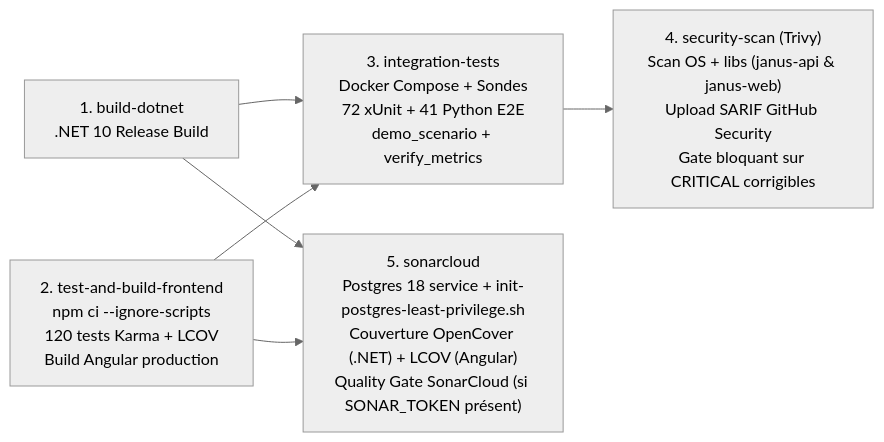
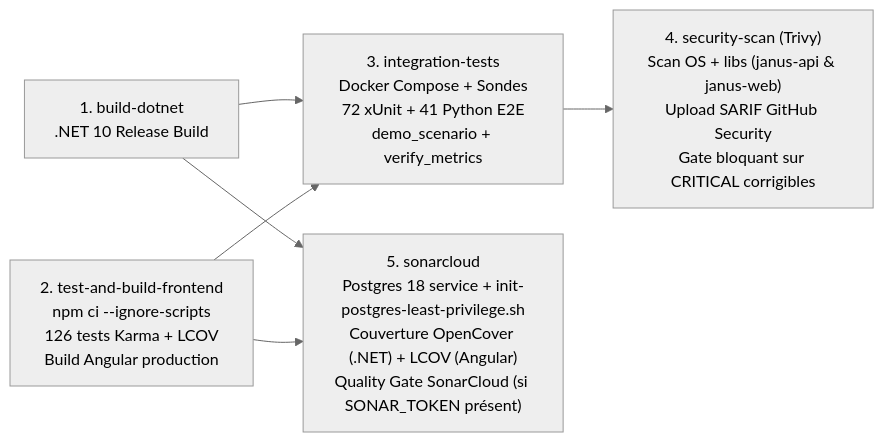
Before and after one commit to nacefmoula/janus-rfid-platform: the third of 3 diagrams in README.md, drawn with Mermaid (neutral theme). The commit also changed other lines of this file and 14 other files, not shown here.

````diff
--- a/README.md
+++ b/README.md
@@ -614,8 +614,8 @@
 ```mermaid
 flowchart LR
     J1["1. build-dotnet\n.NET 10 Release Build"] --> J3["3. integration-tests\nDocker Compose + Sondes\n72 xUnit + 41 Python E2E\ndemo_scenario + verify_metrics"]
-    J2["2. test-and-build-frontend\nnpm ci --ignore-scripts\n120 tests Karma + LCOV\nBuild Angular production"] --> J3
+    J2["2. test-and-build-frontend\nnpm ci --ignore-scripts\n126 tests Karma + LCOV\nBuild Angular production"] --> J3
     J3 --> J4["4. security-scan (Trivy)\nScan OS + libs (janus-api & janus-web)\nUpload SARIF GitHub Security\nGate bloquant sur CRITICAL corrigibles"]
     J1 --> J5["5. sonarcloud\nPostgres 18 service + init-postgres-least-privilege.sh\nCouverture OpenCover (.NET) + LCOV (Angular)\nQuality Gate SonarCloud (si SONAR_TOKEN présent)"]
     J2 --> J5
 ```
````
